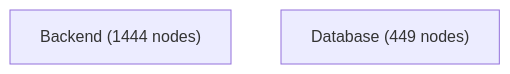
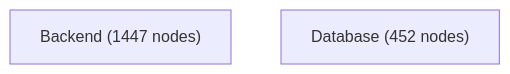
Before and after one commit to jankneumann/agentic-coding-tools: the diagram in docs/architecture-analysis/views/containers.mmd, drawn with Mermaid. The commit also changed 11 other files, not shown here.

Commit message:
docs(architecture): refresh projection ownership graph

```diff
--- a/docs/architecture-analysis/views/containers.mmd
+++ b/docs/architecture-analysis/views/containers.mmd
@@ -1,3 +1,3 @@
 flowchart TB
-    Backend["Backend (1444 nodes)"]
-    Database["Database (449 nodes)"]
+    Backend["Backend (1447 nodes)"]
+    Database["Database (452 nodes)"]
```
